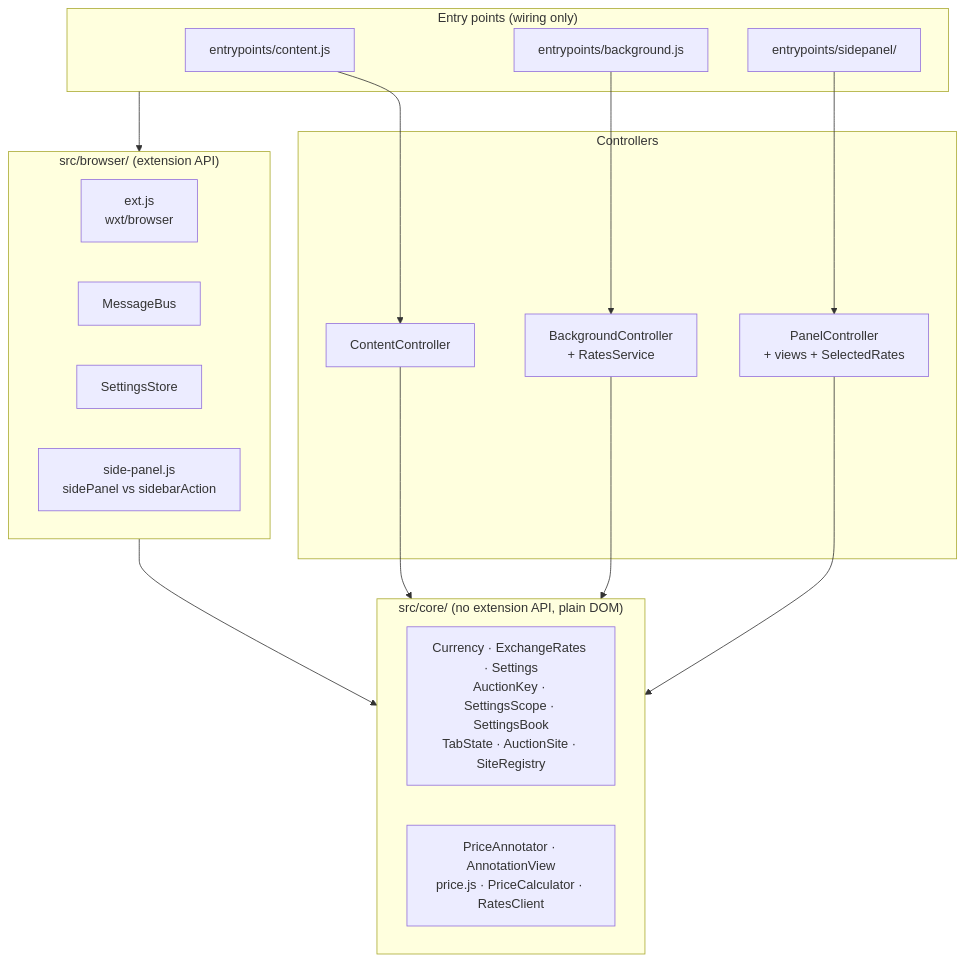
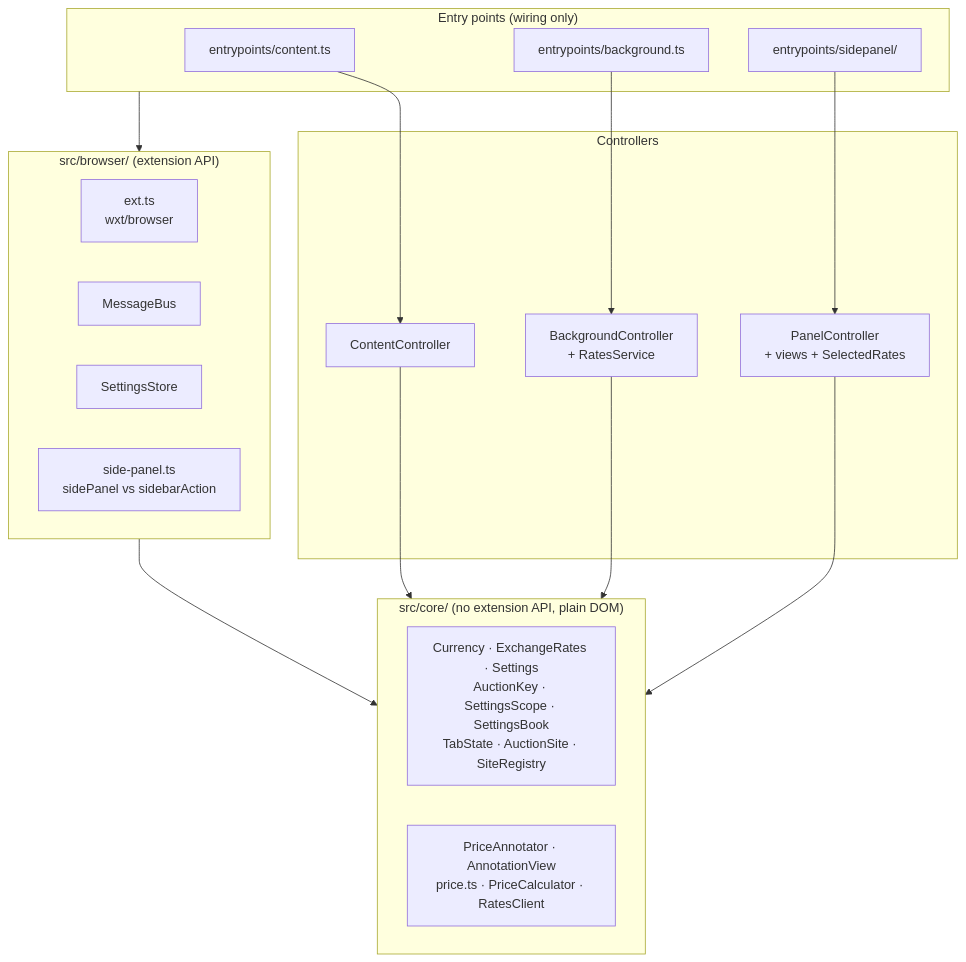
One commit to radyak/minerva-browserplugin changed the first of 8 diagrams in docs/architecture.md. Above: the diagram before and after it, drawn with Mermaid. The commit also changed other lines of this file and 105 other files, not shown here.

````diff
--- a/docs/architecture.md
+++ b/docs/architecture.md
@@ -15,32 +15,32 @@
 ```mermaid
 flowchart TB
   subgraph entry["Entry points (wiring only)"]
-    content_js["entrypoints/content.js"]
-    background_js["entrypoints/background.js"]
+    content_js["entrypoints/content.ts"]
+    background_js["entrypoints/background.ts"]
     panel_js["entrypoints/sidepanel/"]
   end
   subgraph controllers["Controllers"]
     CC["ContentController"]
     BC["BackgroundController<br/>+ RatesService"]
     PC["PanelController<br/>+ views + SelectedRates"]
   end
   subgraph browser["src/browser/ (extension API)"]
-    ext["ext.js<br/>wxt/browser"]
+    ext["ext.ts<br/>wxt/browser"]
     bus["MessageBus"]
     store["SettingsStore"]
-    side["side-panel.js<br/>sidePanel vs sidebarAction"]
+    side["side-panel.ts<br/>sidePanel vs sidebarAction"]
   end
   subgraph core["src/core/ (no extension API, plain DOM)"]
     domain["Currency · ExchangeRates · Settings<br/>AuctionKey · SettingsScope · SettingsBook<br/>TabState · AuctionSite · SiteRegistry"]
-    logic["PriceAnnotator · AnnotationView<br/>price.js · PriceCalculator · RatesClient"]
+    logic["PriceAnnotator · AnnotationView<br/>price.ts · PriceCalculator · RatesClient"]
   end
 
   content_js --> CC
   background_js --> BC
   panel_js --> PC
   entry --> browser
   CC --> core
   BC --> core
   PC --> core
   browser --> core
 ```
````
